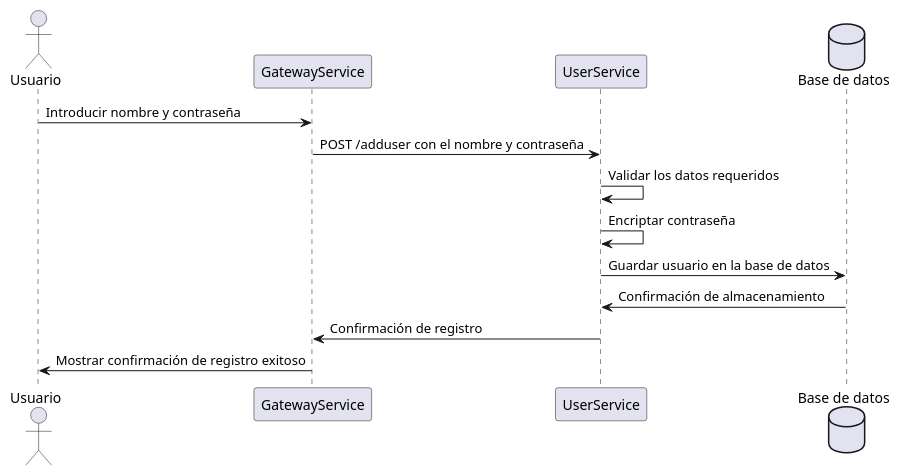
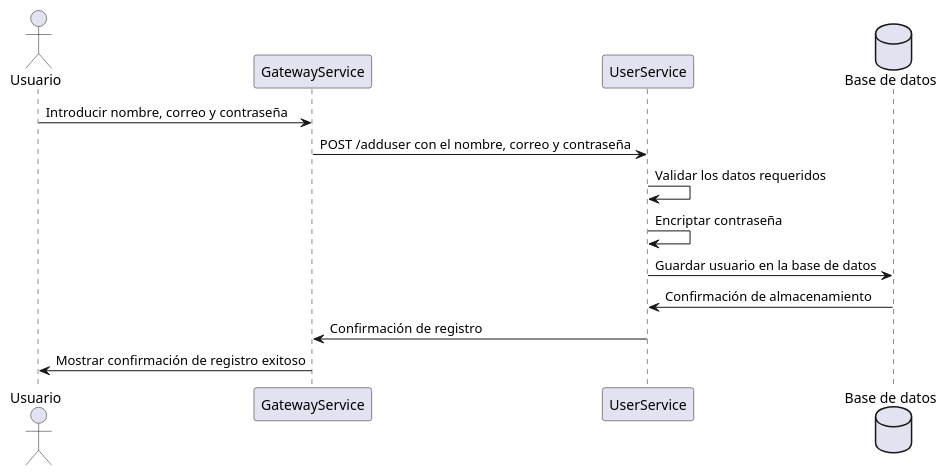
One commit to Arquisoft/wichat_es5a changed the first of 3 diagrams in docs/src/06_runtime_view.adoc. Above: the diagram before and after it, drawn with PlantUML. The commit also changed other lines of this file and 4 other files, not shown here.

```diff
--- a/docs/src/06_runtime_view.adoc
+++ b/docs/src/06_runtime_view.adoc
@@ -13,18 +13,18 @@
 [plantuml,"User registration diagram",png]
 ----
 
 actor Usuario
 participant "GatewayService" as GS
 participant "UserService" as US
 database "Base de datos" as DB
 
-Usuario -> GS: Introducir nombre y contraseña
-GS -> US: POST /adduser con el nombre y contraseña
+Usuario -> GS: Introducir nombre, correo y contraseña
+GS -> US: POST /adduser con el nombre, correo y contraseña
 US -> US: Validar los datos requeridos
 US -> US: Encriptar contraseña
 US -> DB: Guardar usuario en la base de datos
 DB -> US: Confirmación de almacenamiento
 US -> GS: Confirmación de registro
 GS -> Usuario: Mostrar confirmación de registro exitoso
 
 ----
```
